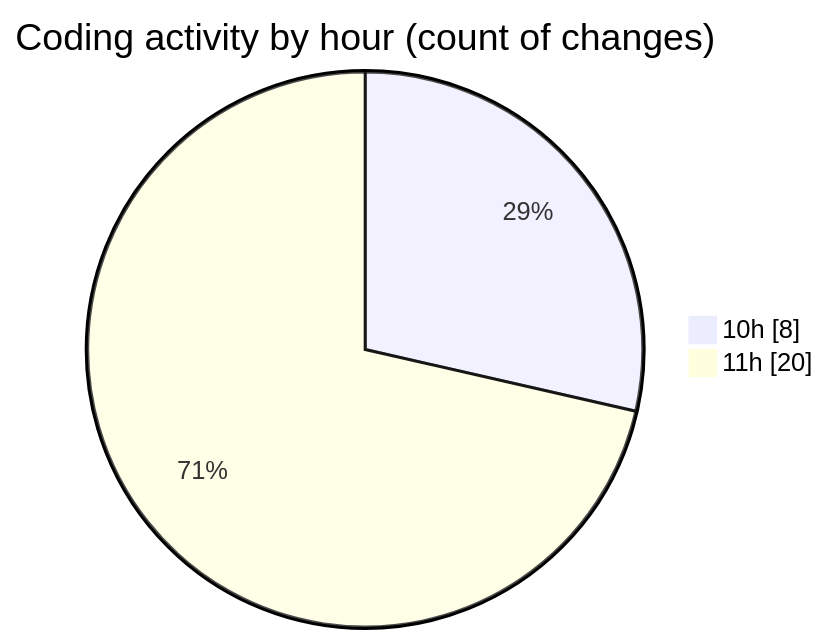
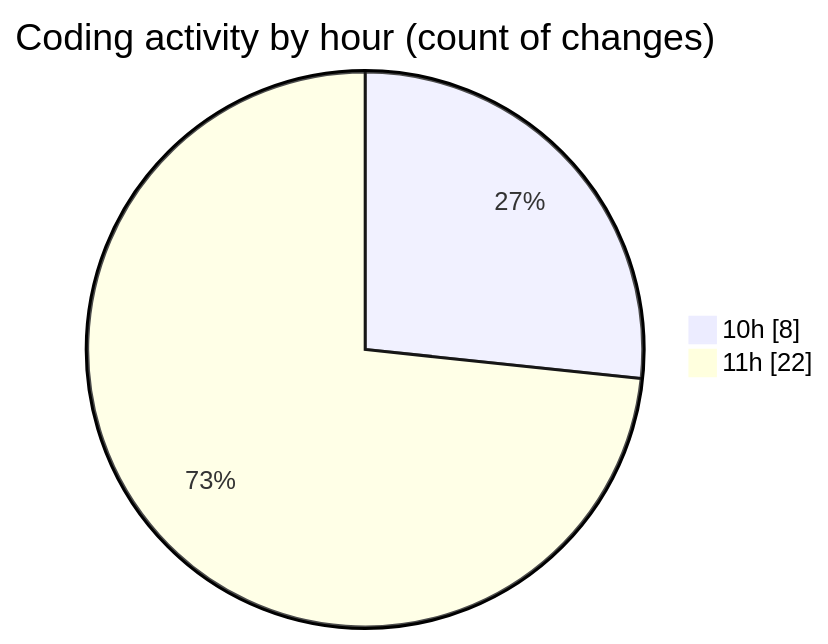
One commit to nxtqubesakshisongat/code-tracking changed the second of 2 diagrams in 2025-09-29/nxtqube_webapp/README.md. Above: the diagram before and after it, drawn with Mermaid. The commit also changed other lines of this file and 1 other file, not shown here.

````diff
--- a/2025-09-29/nxtqube_webapp/README.md
+++ b/2025-09-29/nxtqube_webapp/README.md
@@ -28,6 +28,6 @@
 ```mermaid
 pie showData
 title Coding activity by hour (count of changes)
 "10h" : 8
-"11h" : 20
+"11h" : 22
 ```
````
